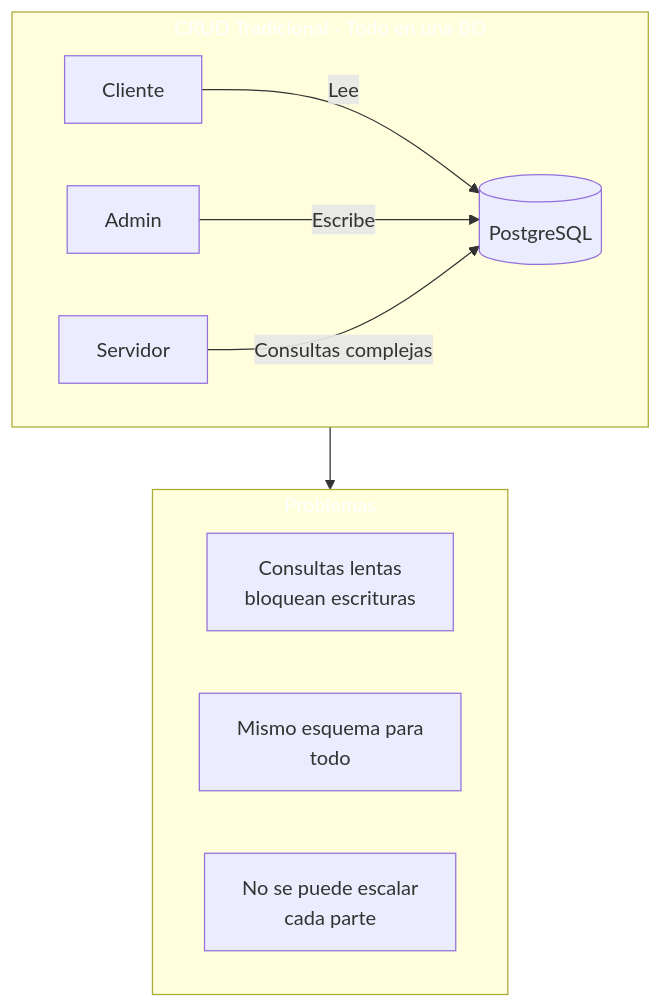
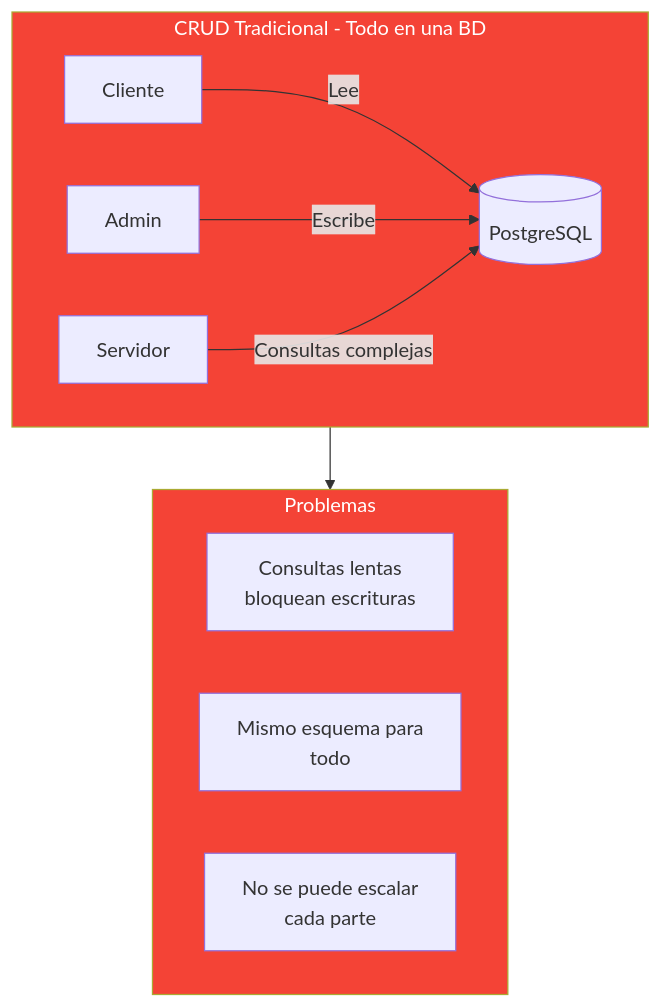
Before and after one commit to joseluisgs/DesarrolloWebEntornosServidor-02-2026-2027: the third of 24 diagrams in 30-cqrs-mediator.md, drawn with Mermaid. The commit also changed other lines of this file and 29 other files, not shown here.

Commit message:
docs: corregir estilos Mermaid y estilo, quitar referencias a la Tienda y reestructurar los retos 13 y 15

````diff
--- a/30-cqrs-mediator.md
+++ b/30-cqrs-mediator.md
@@ -231,19 +231,19 @@
 ```mermaid
 flowchart TD
     subgraph TRADICIONAL["CRUD Tradicional - Todo en una BD"]
         A[Cliente] -->|Lee| B[(PostgreSQL)]
         C[Admin] -->|Escribe| B
         D[Servidor] -->|Consultas complejas| B
     end
 
     subgraph PROBLEMAS["Problemas"]
         P1["Consultas lentas\nbloquean escrituras"]
         P2["Mismo esquema para\ntodo"]
         P3["No se puede escalar\ncada parte"]
     end
 
     TRADICIONAL --> PROBLEMAS
 
-    style TRADICIONAL fill:#f4433,color:#fff6,color:#fff
-    style PROBLEMAS fill:#f4433,color:#fff6,color:#fff
+    style TRADICIONAL fill:#f44336,color:#fff
+    style PROBLEMAS fill:#f44336,color:#fff
 ```
````
